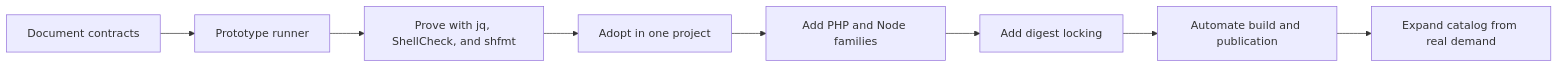
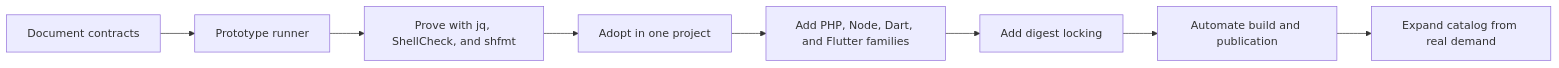
The first of 2 diagrams in docs/08-rollout-and-operations.md (moztopia/dugout), drawn with Mermaid before and after one commit. The commit also changed other lines of this file and 25 other files, not shown here.

First line of the commit message:
feat(tool-plane): add pinned Dart and Flutter tool support

````diff
--- a/docs/08-rollout-and-operations.md
+++ b/docs/08-rollout-and-operations.md
@@ -9,14 +9,14 @@
 ```mermaid
 flowchart LR
     contract["Document contracts"]
     prototype["Prototype runner"]
     smallTools["Prove with jq, ShellCheck, and shfmt"]
     project["Adopt in one project"]
-    languages["Add PHP and Node families"]
+    languages["Add PHP, Node, Dart, and Flutter families"]
     lock["Add digest locking"]
     publish["Automate build and publication"]
     expand["Expand catalog from real demand"]
 
     contract --> prototype --> smallTools --> project
     project --> languages --> lock --> publish --> expand
 ```
````
